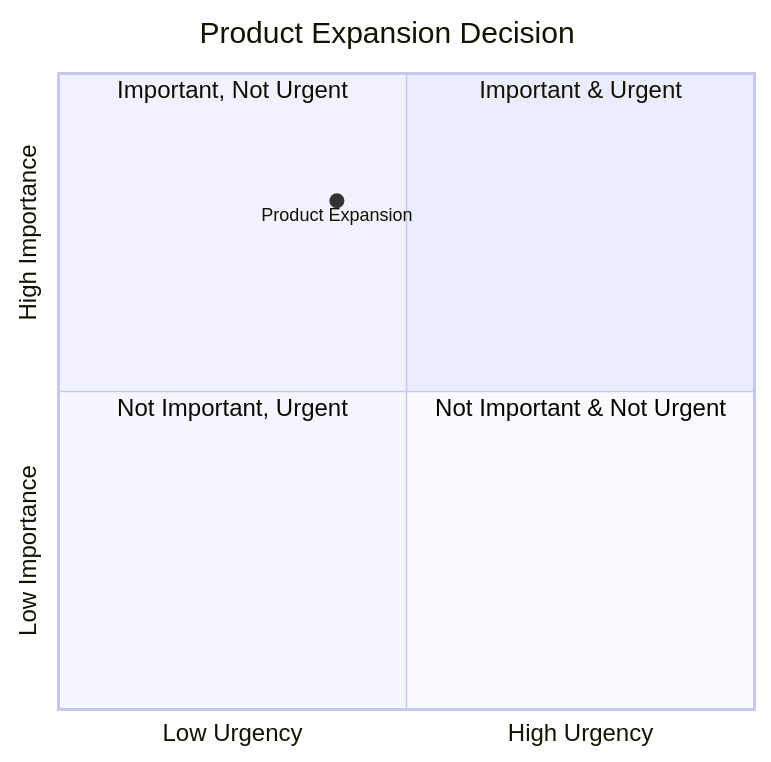
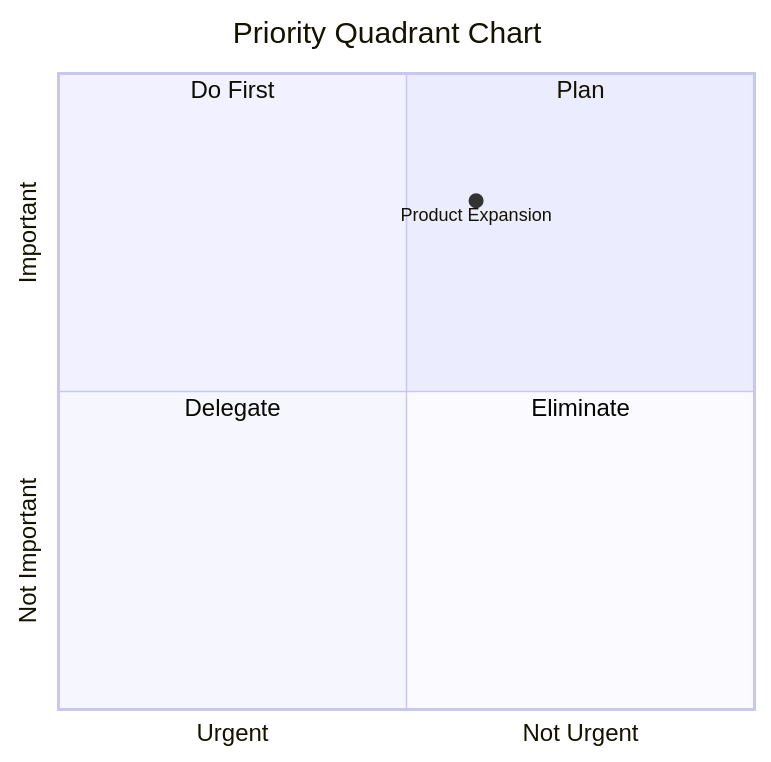
One commit to raphaelmansuy/digital_palace changed the second of 2 diagrams in 01-articles/llm_ eisenhower/README.md. Above: the diagram before and after it, drawn with Mermaid. The commit also changed other lines of this file, not shown here.

Commit message:
Improve decision-making using the Eisenhower Matrix

````diff
--- a/01-articles/llm_ eisenhower/README.md
+++ b/01-articles/llm_ eisenhower/README.md
@@ -215,16 +195,14 @@
 ```mermaid
 quadrantChart
+    title Priority Quadrant Chart
 
-title Product Expansion Decision
+    x-axis Urgent --> Not Urgent
+    y-axis Not Important --> Important
 
-x-axis Low Urgency --> High Urgency
-y-axis Low Importance --> High Importance
+    quadrant-1 Plan
+    quadrant-2 Do First
+    quadrant-3 Delegate
+    quadrant-4 Eliminate
 
-quadrant-1 Important & Urgent
-quadrant-2 Important, Not Urgent
-quadrant-3 Not Important, Urgent
-quadrant-4 Not Important & Not Urgent
-
-Product Expansion: [0.4, 0.8]
-
+    Product Expansion: [0.6, 0.8]
 ```
````
